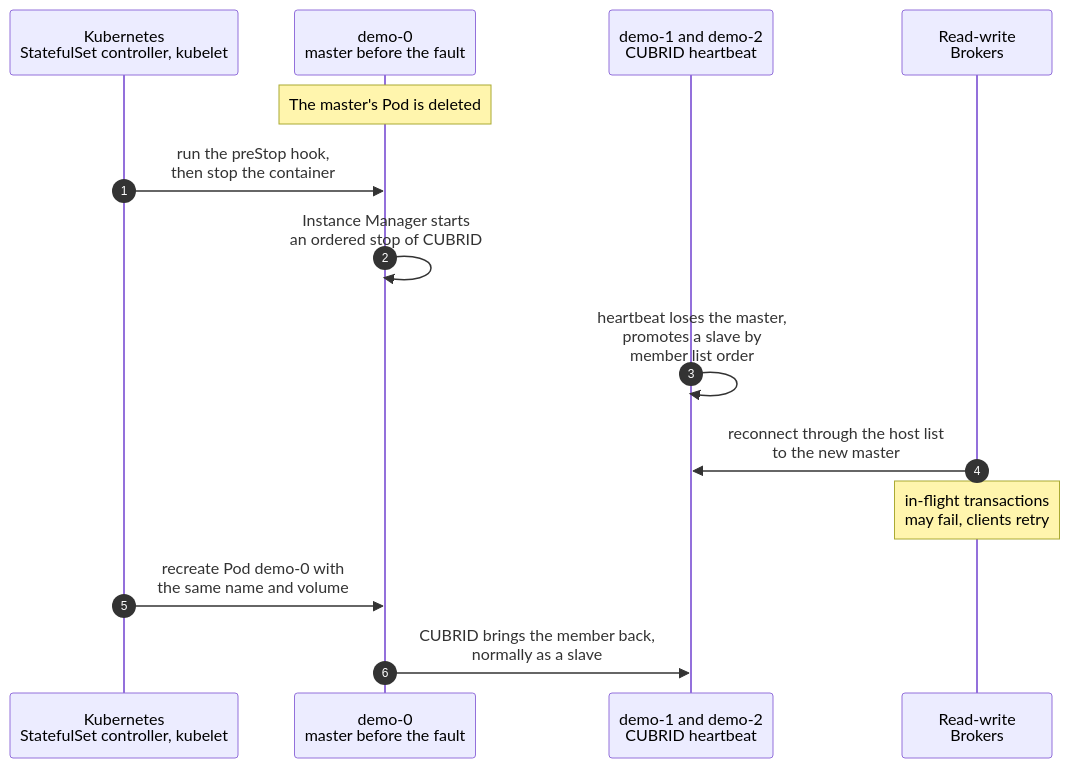
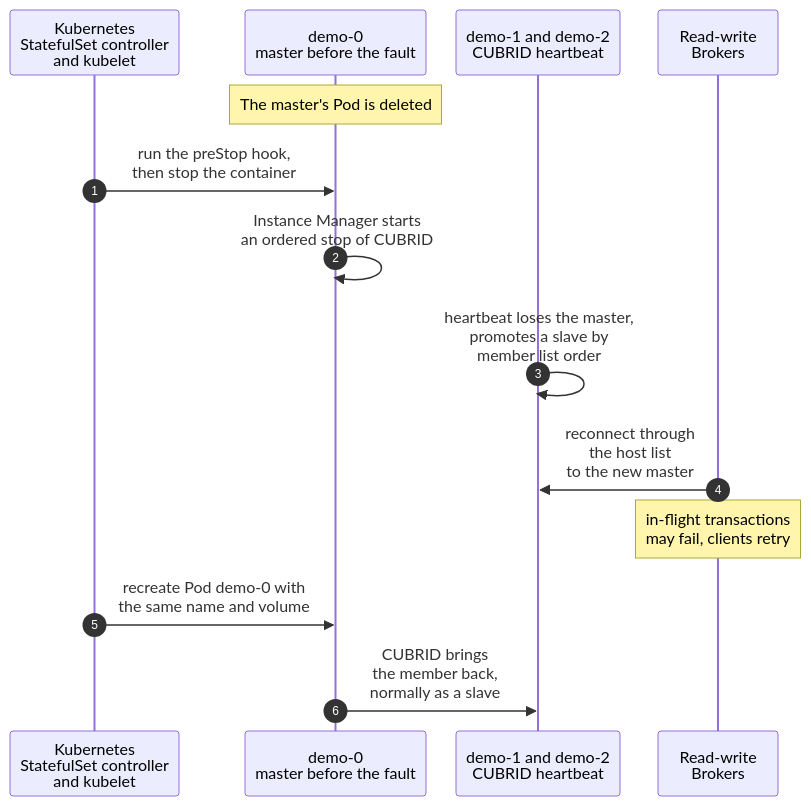
One commit to cubrid-lab/cubrid-kubernetes-operator changed the first of 2 diagrams in docs/architecture/failure-recovery.md. Above: the diagram before and after it, drawn with Mermaid. The commit also changed 3 other files, not shown here.

Commit message:
docs(architecture): narrow the sequence diagrams and keep member order

````diff
--- a/docs/architecture/failure-recovery.md
+++ b/docs/architecture/failure-recovery.md
@@ -26,17 +26,18 @@
 ```mermaid
+%%{init: {"sequence": {"actorMargin": 30, "width": 120}}}%%
 sequenceDiagram
     autonumber
-    participant K8S as Kubernetes<br/>StatefulSet controller, kubelet
+    participant K8S as Kubernetes<br/>StatefulSet controller<br/>and kubelet
     participant OLD as demo-0<br/>master before the fault
     participant HA as demo-1 and demo-2<br/>CUBRID heartbeat
     participant BRW as Read-write<br/>Brokers
 
     Note over OLD: The master's Pod is deleted
     K8S->>OLD: run the preStop hook,<br/>then stop the container
     OLD->>OLD: Instance Manager starts<br/>an ordered stop of CUBRID
     HA->>HA: heartbeat loses the master,<br/>promotes a slave by<br/>member list order
-    BRW->>HA: reconnect through the host list<br/>to the new master
+    BRW->>HA: reconnect through<br/>the host list<br/>to the new master
     Note over BRW: in-flight transactions<br/>may fail, clients retry
     K8S->>OLD: recreate Pod demo-0 with<br/>the same name and volume
-    OLD->>HA: CUBRID brings the member back,<br/>normally as a slave
+    OLD->>HA: CUBRID brings<br/>the member back,<br/>normally as a slave
 ```
````
